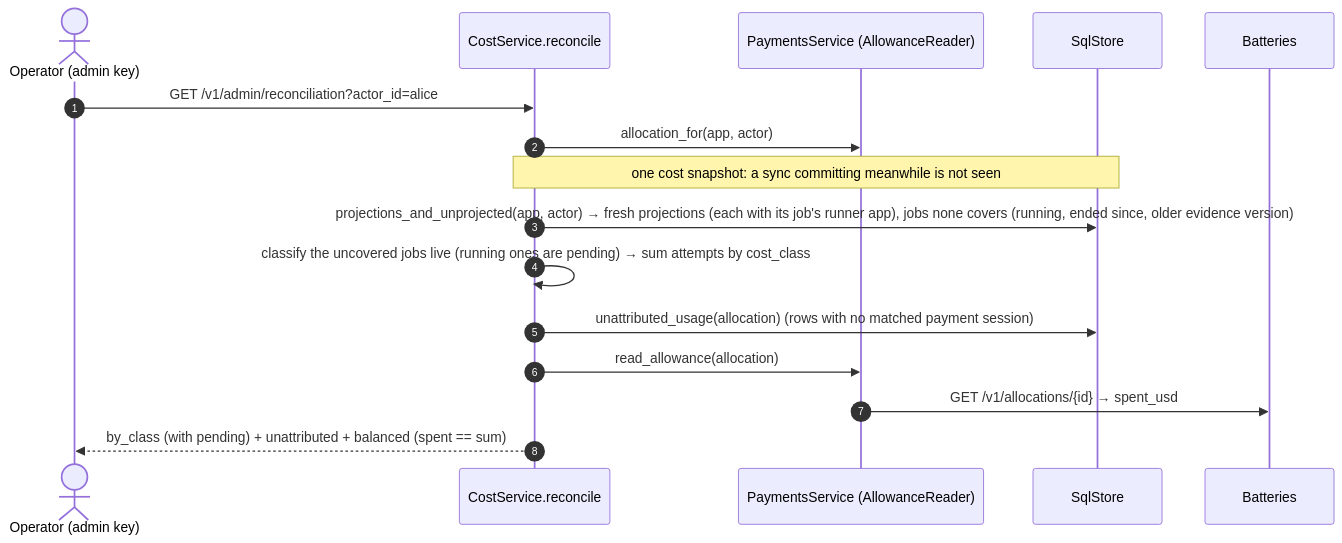
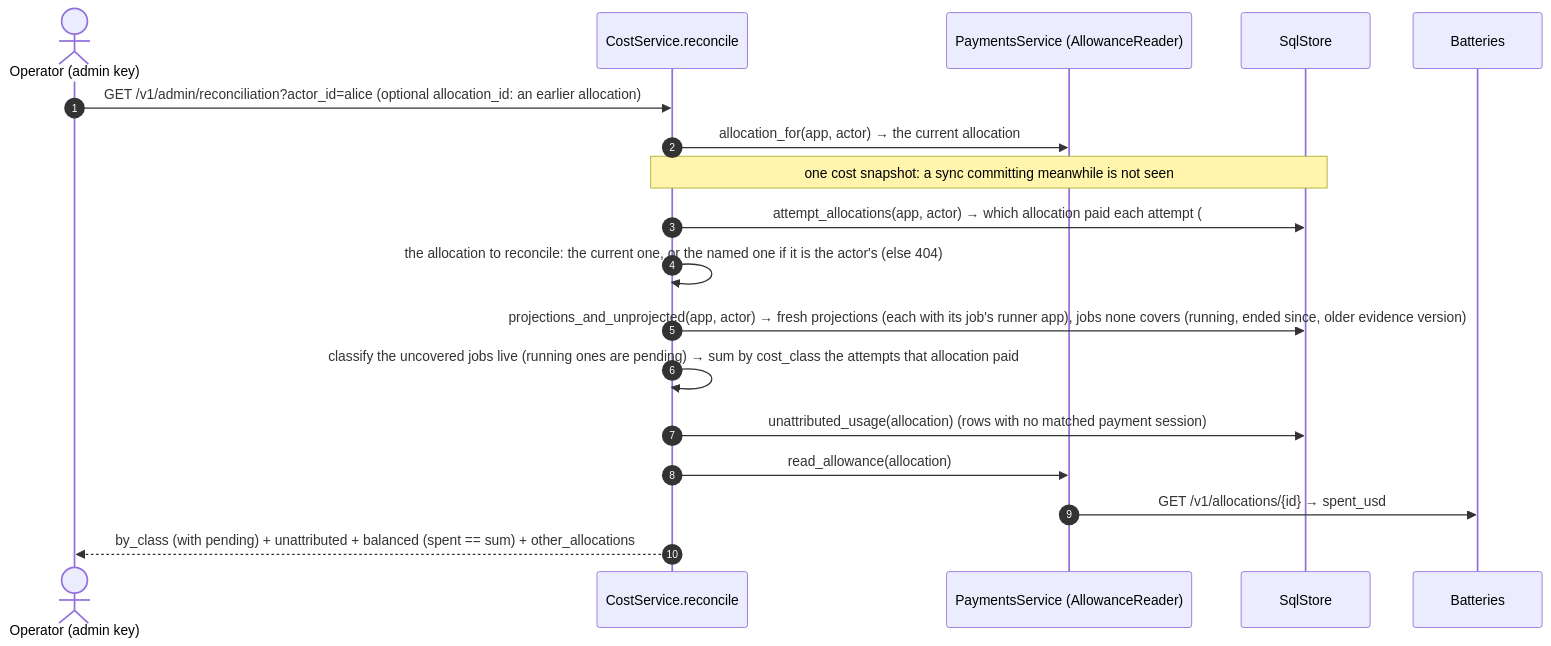
Before and after one commit to NE-Build-Track/livepeer-builder-core: the eighth of 12 diagrams in docs/design-docs/architecture-diagrams.md, drawn with Mermaid. The commit also changed 17 other files, not shown here.

````diff
--- a/docs/design-docs/architecture-diagrams.md
+++ b/docs/design-docs/architecture-diagrams.md
@@ -271,18 +271,20 @@
 ```mermaid
 sequenceDiagram
     autonumber
     actor Op as Operator (admin key)
     participant C as CostService.reconcile
     participant Pay as PaymentsService (AllowanceReader)
     participant DB as SqlStore
     participant Bat as Batteries
-    Op->>C: GET /v1/admin/reconciliation?actor_id=alice
-    C->>Pay: allocation_for(app, actor)
+    Op->>C: GET /v1/admin/reconciliation?actor_id=alice (optional allocation_id: an earlier allocation)
+    C->>Pay: allocation_for(app, actor) → the current allocation
     Note over C,DB: one cost snapshot: a sync committing meanwhile is not seen
+    C->>DB: attempt_allocations(app, actor) → which allocation paid each attempt (#115, C9)
+    C->>C: the allocation to reconcile: the current one, or the named one if it is the actor's (else 404)
     C->>DB: projections_and_unprojected(app, actor) → fresh projections (each with its job's runner app), jobs none covers (running, ended since, older evidence version)
-    C->>C: classify the uncovered jobs live (running ones are pending) → sum attempts by cost_class
+    C->>C: classify the uncovered jobs live (running ones are pending) → sum by cost_class the attempts that allocation paid
     C->>DB: unattributed_usage(allocation) (rows with no matched payment session)
     C->>Pay: read_allowance(allocation)
     Pay->>Bat: GET /v1/allocations/{id} → spent_usd
-    C-->>Op: by_class (with pending) + unattributed + balanced (spent == sum)
+    C-->>Op: by_class (with pending) + unattributed + balanced (spent == sum) + other_allocations
 ```
````
